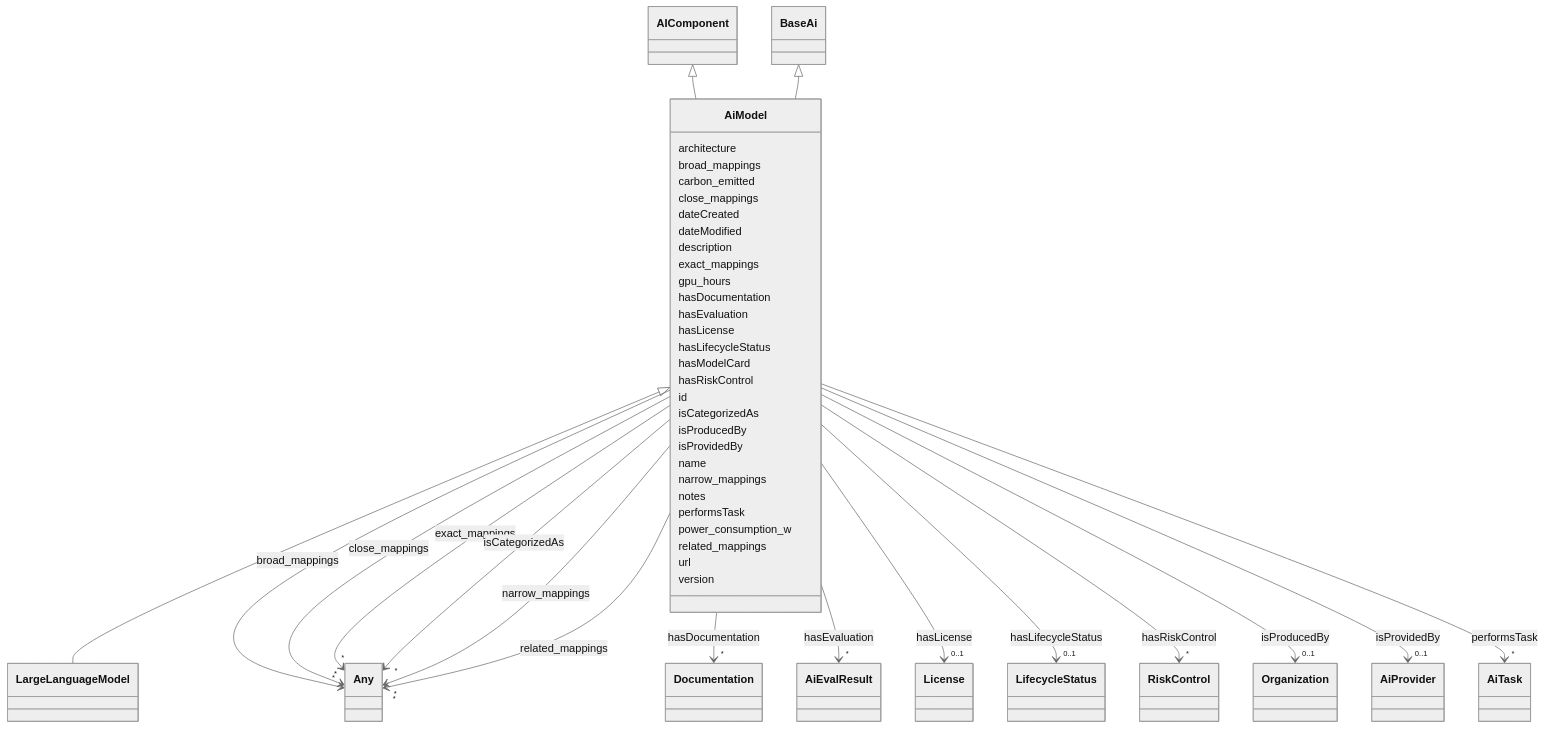
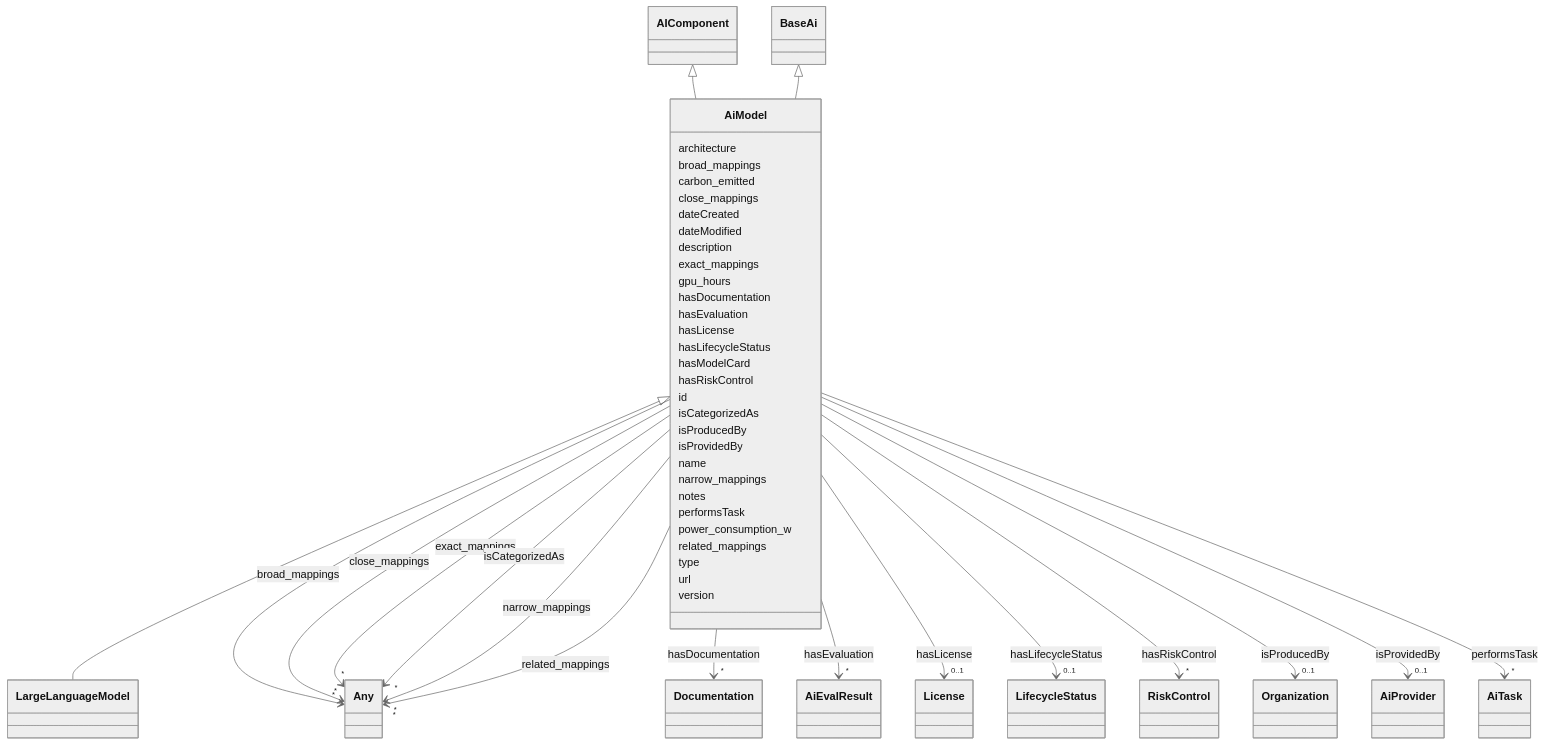
The diagram in docs/ontology/AiModel.md (IBM/ai-atlas-nexus), drawn with Mermaid (neutral theme) before and after one commit. The commit also changed other lines of this file and 151 other files, not shown here.

```diff
--- a/docs/ontology/AiModel.md
+++ b/docs/ontology/AiModel.md
@@ -201,6 +201,8 @@
 
 
 
+      AiModel : type
+
       AiModel : url
 
       AiModel : version
```
